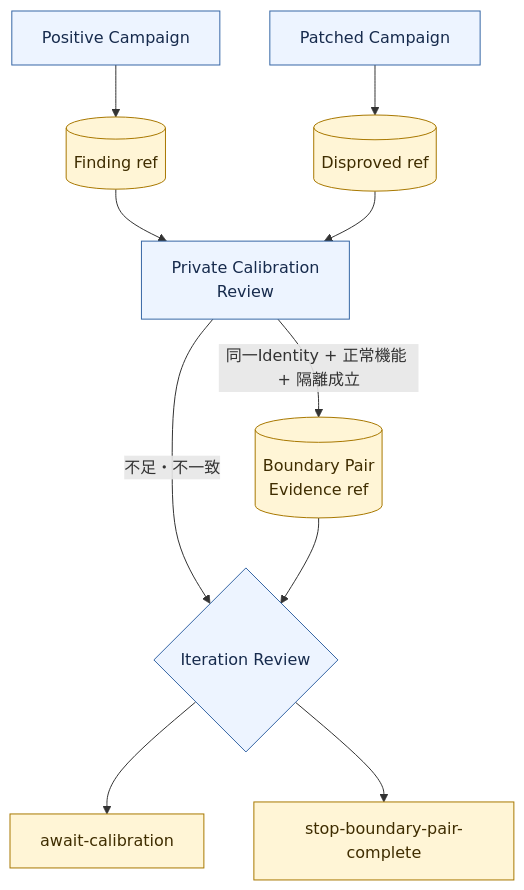
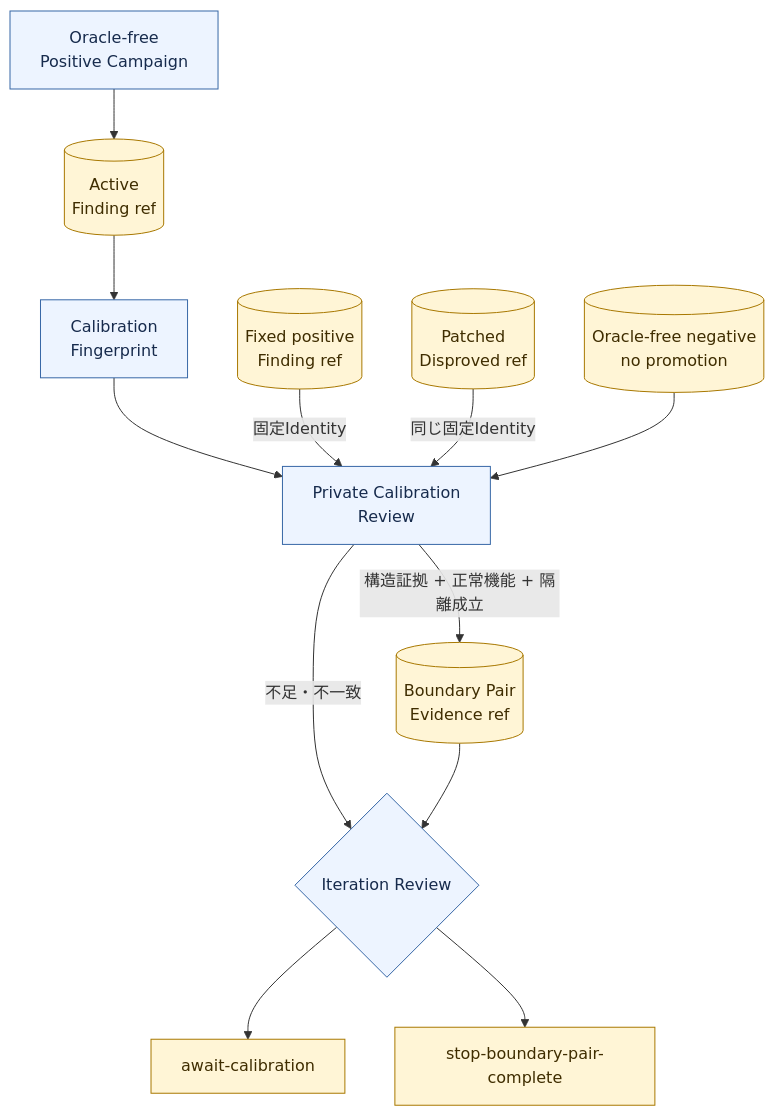
The fourth of 4 diagrams in docs/design/architecture/module-map.md (momoponwork1415-lgtm/wordpress-harness), drawn with Mermaid before and after one commit. The commit also changed other lines of this file and 13 other files, not shown here.

````diff
--- a/docs/design/architecture/module-map.md
+++ b/docs/design/architecture/module-map.md
@@ -124,22 +124,26 @@
 ```mermaid
 flowchart TB
-    positive["Positive Campaign"]
-    negative["Patched Campaign"]
-    pterm[("Finding ref")]
-    nterm[("Disproved ref")]
+    active["Oracle-free<br/>Positive Campaign"]
+    activeFinding[("Active<br/>Finding ref")]
+    fingerprint["Calibration<br/>Fingerprint"]
+    fixedPositive[("Fixed positive<br/>Finding ref")]
+    fixedNegative[("Patched<br/>Disproved ref")]
+    oracleNegative[("Oracle-free negative<br/>no promotion")]
     calibration["Private Calibration<br/>Review"]
     receipt[("Boundary Pair<br/>Evidence ref")]
     iteration{"Iteration Review"}
     await["await-calibration"]
     stop["stop-boundary-pair-complete"]
 
-    positive --> pterm --> calibration
-    negative --> nterm --> calibration
+    active --> activeFinding --> fingerprint --> calibration
+    fixedPositive -->|"固定Identity"| calibration
+    fixedNegative -->|"同じ固定Identity"| calibration
+    oracleNegative --> calibration
     calibration -->|"不足・不一致"| iteration --> await
-    calibration -->|"同一Identity + 正常機能 + 隔離成立"| receipt --> iteration --> stop
+    calibration -->|"構造証拠 + 正常機能 + 隔離成立"| receipt --> iteration --> stop
 
     classDef module fill:#edf4ff,stroke:#3767a6,color:#172b4d;
     classDef artifact fill:#fff5d6,stroke:#a87800,color:#3f2d00;
-    class positive,negative,calibration,iteration module;
-    class pterm,nterm,receipt,await,stop artifact;
+    class active,fingerprint,calibration,iteration module;
+    class activeFinding,fixedPositive,fixedNegative,oracleNegative,receipt,await,stop artifact;
 ```
````
